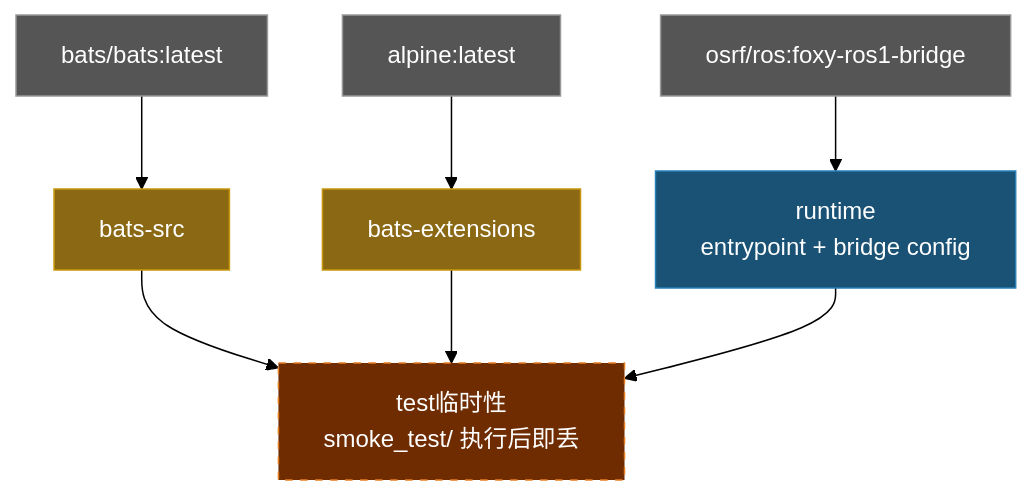
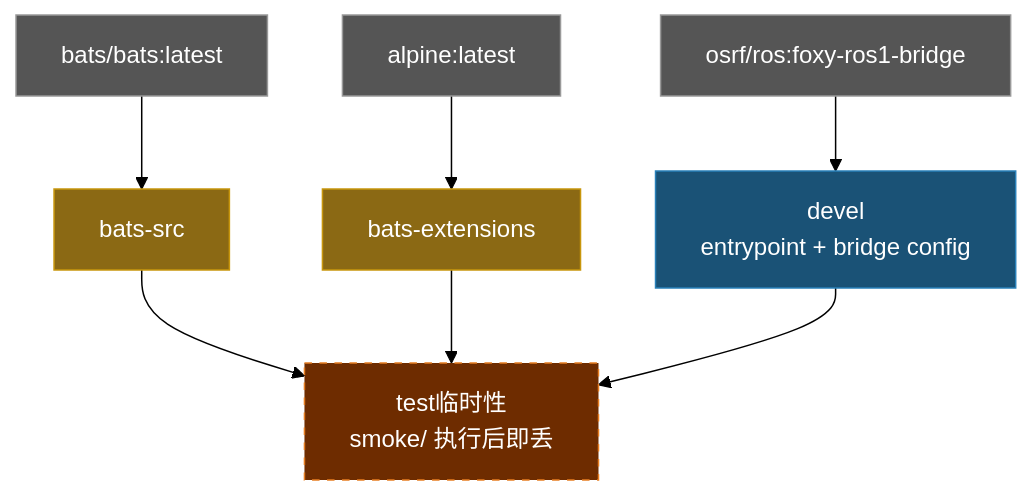
One commit to ycpss91255-docker/ros1_bridge changed the diagram in doc/README.zh-CN.md. Above: the diagram before and after it, drawn with Mermaid (forest theme). The commit also changed other lines of this file and 25 other files, not shown here.

````diff
--- a/doc/README.zh-CN.md
+++ b/doc/README.zh-CN.md
@@ -99,20 +99,20 @@
 ```mermaid
 graph TD
     EXT1["bats/bats:latest"]:::external
     EXT2["alpine:latest"]:::external
     EXT3["osrf/ros:foxy-ros1-bridge"]:::external
 
     EXT1 --> bats-src["bats-src"]:::tool
     EXT2 --> bats-ext["bats-extensions"]:::tool
 
-    EXT3 --> runtime["runtime\nentrypoint + bridge config"]:::stage
+    EXT3 --> devel["devel\nentrypoint + bridge config"]:::stage
 
-    bats-src --> test["test临时性\nsmoke_test/ 执行后即丢"]:::ephemeral
+    bats-src --> test["test临时性\nsmoke/ 执行后即丢"]:::ephemeral
     bats-ext --> test
-    runtime --> test
+    devel --> test
 
     classDef external fill:#555,color:#fff,stroke:#999
     classDef tool fill:#8B6914,color:#fff,stroke:#c8960c
     classDef stage fill:#1a5276,color:#fff,stroke:#2980b9
     classDef ephemeral fill:#6e2c00,color:#fff,stroke:#e67e22,stroke-dasharray:5 5
 ```
````
